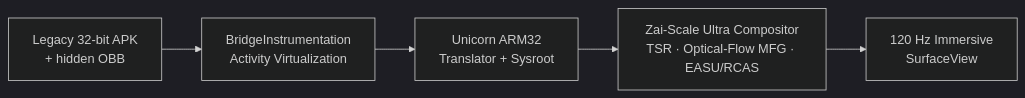
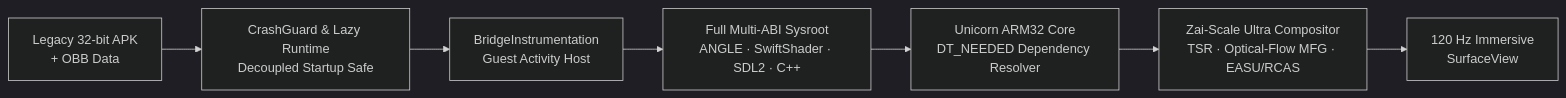
The diagram in README.md (mohdziauddin2006-cloud/zai-bridge), drawn with Mermaid (dark theme) before and after one commit. The commit also changed other lines of this file and 124 other files, not shown here.

Commit message:
fix: eliminate Android 14-16 startup crash and bundle full multi-ABI graphics/audio/C++ runtime engines

````diff
--- a/README.md
+++ b/README.md
@@ -26,7 +26,9 @@
 ```mermaid
 flowchart LR
-    A["Legacy 32-bit APK<br/>+ hidden OBB"] --> B["BridgeInstrumentation<br/>Activity Virtualization"]
-    B --> C["Unicorn ARM32<br/>Translator + Sysroot"]
-    C --> D["Zai-Scale Ultra Compositor<br/>TSR · Optical-Flow MFG · EASU/RCAS"]
-    D --> E["120 Hz Immersive<br/>SurfaceView"]
+    A["Legacy 32-bit APK<br/>+ OBB Data"] --> B["CrashGuard & Lazy Runtime<br/>Decoupled Startup Safe"]
+    B --> C["BridgeInstrumentation<br/>Guest Activity Host"]
+    C --> D["Full Multi-ABI Sysroot<br/>ANGLE · SwiftShader · SDL2 · C++"]
+    D --> E["Unicorn ARM32 Core<br/>DT_NEEDED Dependency Resolver"]
+    E --> F["Zai-Scale Ultra Compositor<br/>TSR · Optical-Flow MFG · EASU/RCAS"]
+    F --> G["120 Hz Immersive<br/>SurfaceView"]
 ```
````
